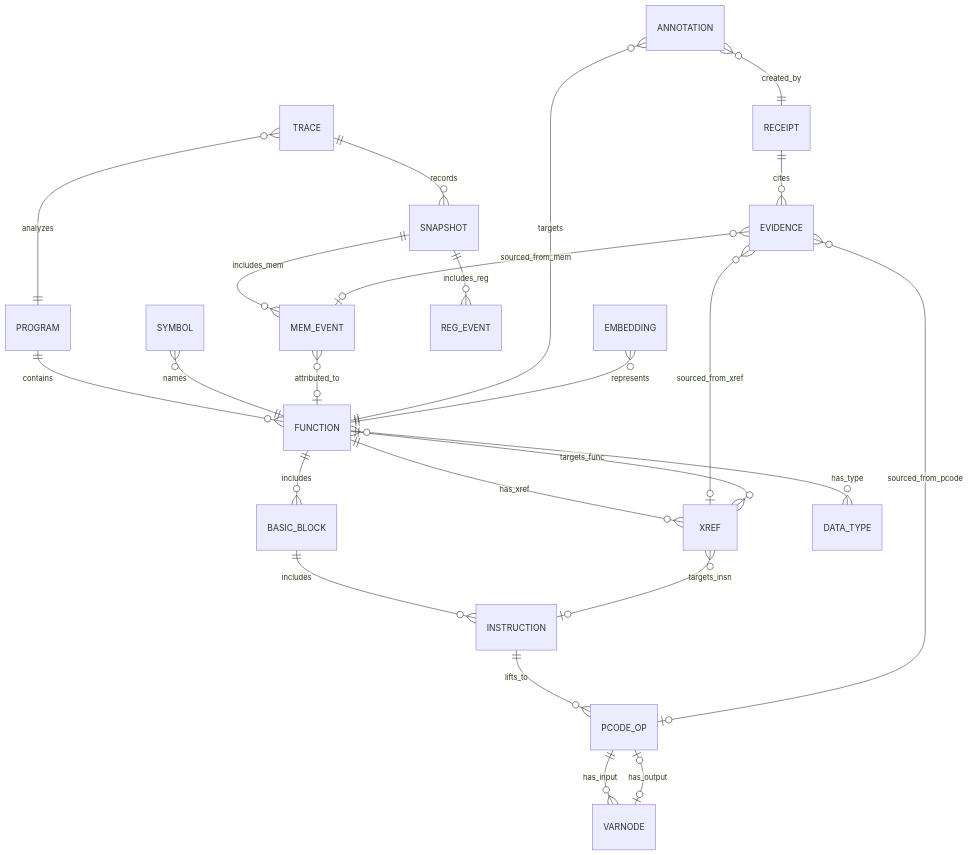
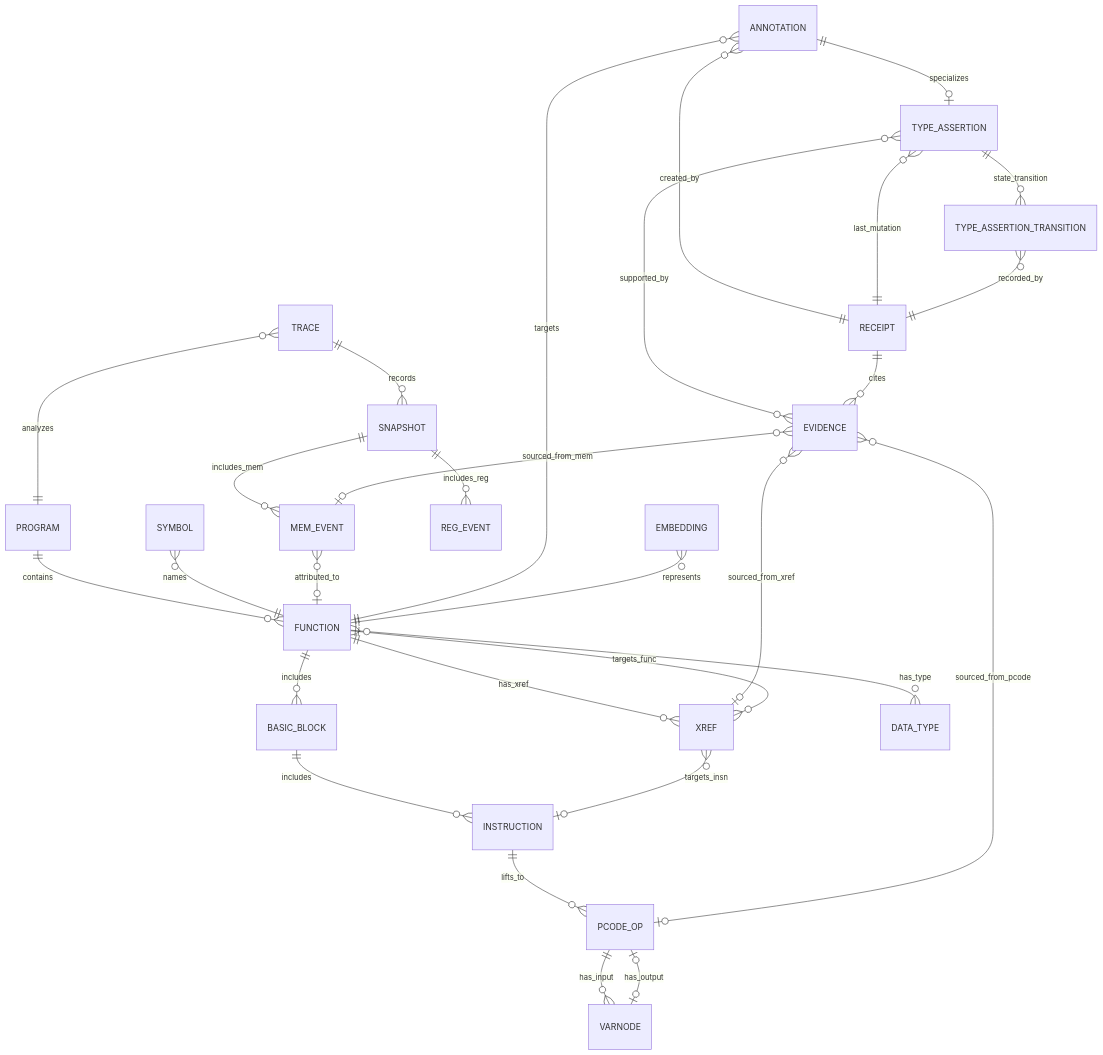
The diagram in docs/research/analysis-data-plane-spec.md (backbay-labs/reverend), drawn with Mermaid before and after one commit. The commit also changed other lines of this file and 2 other files, not shown here.

````diff
--- a/docs/research/analysis-data-plane-spec.md
+++ b/docs/research/analysis-data-plane-spec.md
@@ -86,30 +92,35 @@
 ```mermaid
 erDiagram
     PROGRAM ||--o{ FUNCTION : contains
     FUNCTION ||--o{ BASIC_BLOCK : includes
     BASIC_BLOCK ||--o{ INSTRUCTION : includes
     INSTRUCTION ||--o{ PCODE_OP : lifts_to
     PCODE_OP ||--o{ VARNODE : has_input
     PCODE_OP |o--o| VARNODE : has_output
 
     FUNCTION ||--o{ XREF : has_xref
     XREF }o--|| FUNCTION : targets_func
     XREF }o--o| INSTRUCTION : targets_insn
     FUNCTION }o--o{ DATA_TYPE : has_type
     SYMBOL }o--|| FUNCTION : names
 
     TRACE }o--|| PROGRAM : analyzes
     TRACE ||--o{ SNAPSHOT : records
     SNAPSHOT ||--o{ MEM_EVENT : includes_mem
     SNAPSHOT ||--o{ REG_EVENT : includes_reg
     MEM_EVENT }o--o| FUNCTION : attributed_to
 
     ANNOTATION }o--|| FUNCTION : targets
     ANNOTATION }o--|| RECEIPT : created_by
+    ANNOTATION ||--o| TYPE_ASSERTION : specializes
+    TYPE_ASSERTION }o--|| RECEIPT : last_mutation
+    TYPE_ASSERTION }o--o{ EVIDENCE : supported_by
+    TYPE_ASSERTION ||--o{ TYPE_ASSERTION_TRANSITION : state_transition
+    TYPE_ASSERTION_TRANSITION }o--|| RECEIPT : recorded_by
     RECEIPT ||--o{ EVIDENCE : cites
     EVIDENCE }o--o| XREF : sourced_from_xref
     EVIDENCE }o--o| MEM_EVENT : sourced_from_mem
     EVIDENCE }o--o| PCODE_OP : sourced_from_pcode
 
     EMBEDDING }o--|| FUNCTION : represents
 ```
````
